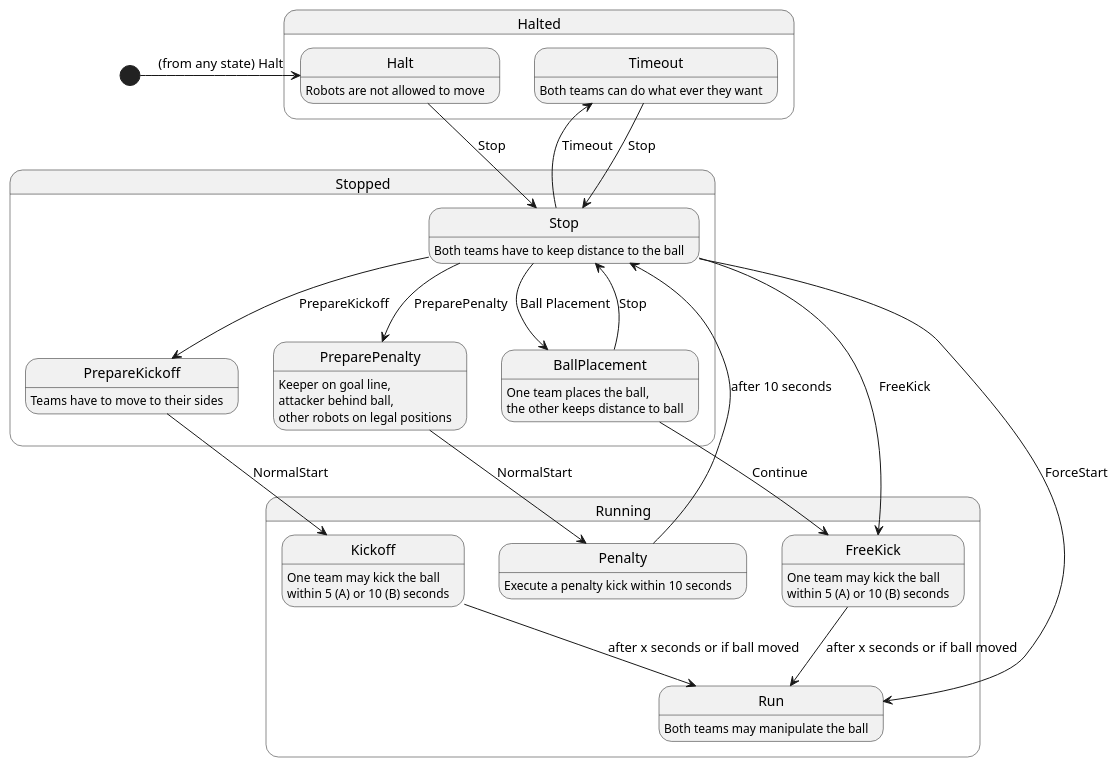
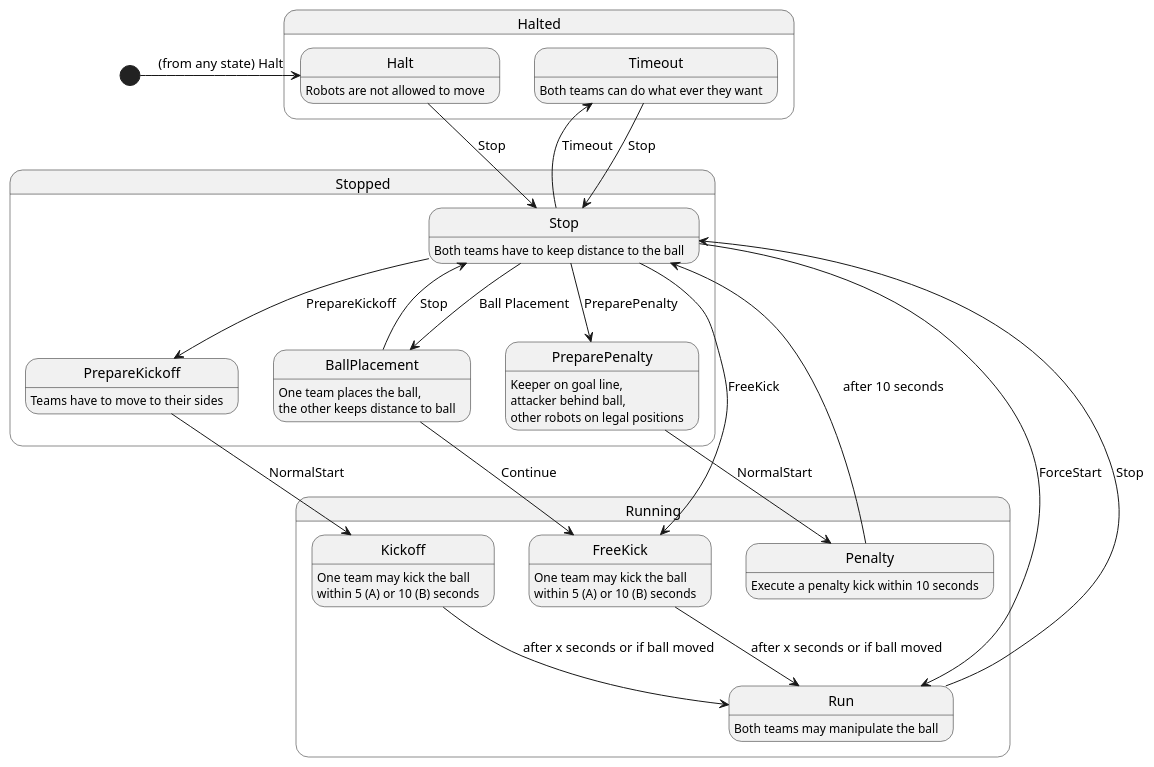
One commit to RoboCup-SSL/ssl-rules changed the diagram in chapters/appendix.adoc. Above: the diagram before and after it, drawn with PlantUML.

Commit message:
Add transition from Run to Stop for Stop Command

```diff
--- a/chapters/appendix.adoc
+++ b/chapters/appendix.adoc
@@ -9,67 +9,69 @@
 [plantuml, target=game-states, format=svg]
 ....
 @startuml
 state Halted {
     state Halt {
     }
     state Timeout {
     }
 }
 
 state Stopped {
     state Stop {
     }
     state BallPlacement {
     }
     state PrepareKickoff {
     }
     state PreparePenalty {
     }
 }
 
 state Running {
     state Run {
     }
     state FreeKick {
     }
     state Kickoff {
     }
     state Penalty {
     }
 }
 
 Halt: Robots are not allowed to move
 Timeout: Both teams can do what ever they want
 Stop: Both teams have to keep distance to the ball
 PrepareKickoff: Teams have to move to their sides
 BallPlacement: One team places the ball,\nthe other keeps distance to ball
 PreparePenalty: Keeper on goal line,\nattacker behind ball,\nother robots on legal positions
 Kickoff: One team may kick the ball\nwithin 5 (A) or 10 (B) seconds
 FreeKick: One team may kick the ball\nwithin 5 (A) or 10 (B) seconds
 Penalty: Execute a penalty kick within 10 seconds
 Run: Both teams may manipulate the ball
 
 [*] -> Halt: (from any state) Halt
 
 Halt --> Stop: Stop
 Stop --> Timeout: Timeout
 Timeout --> Stop: Stop
 
 Stop --> BallPlacement: Ball Placement
 BallPlacement --> Stop: Stop
 BallPlacement --> FreeKick: Continue
 
 Stop --> PrepareKickoff: PrepareKickoff
 PrepareKickoff --> Kickoff: NormalStart
 Kickoff --> Run: after x seconds or if ball moved
 
 Stop --> FreeKick: FreeKick
 FreeKick --> Run: after x seconds or if ball moved
 
 Stop --> Run: ForceStart
 
 Stop --> PreparePenalty: PreparePenalty
 PreparePenalty --> Penalty: NormalStart
 Penalty --> Stop: after 10 seconds
+
+Run --> Stop: Stop
 @enduml
 ....
```
